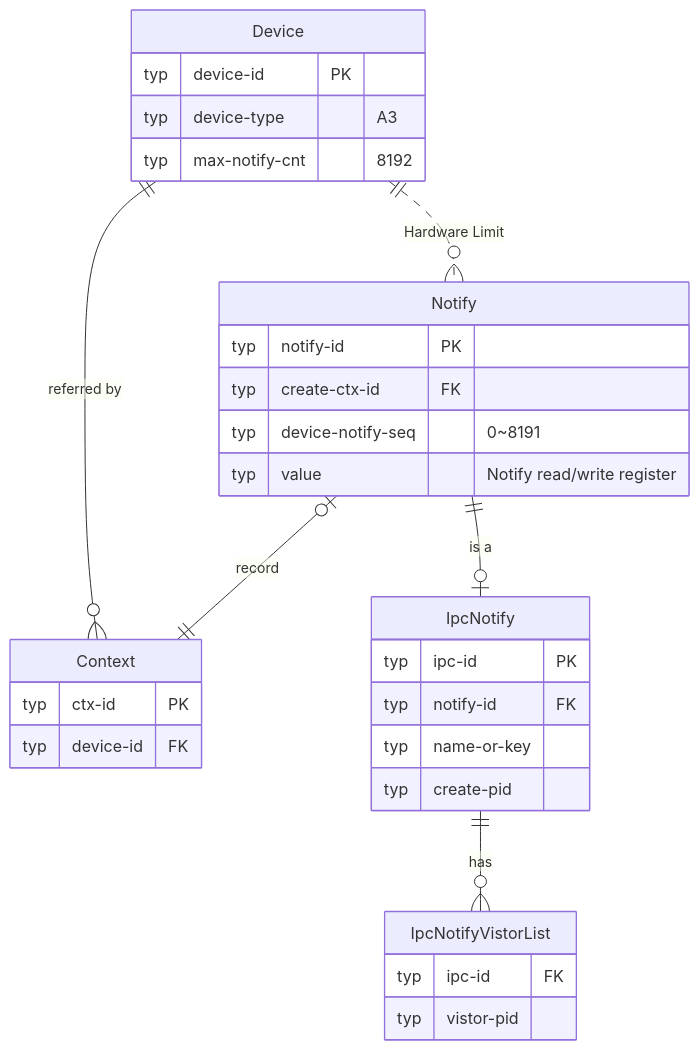
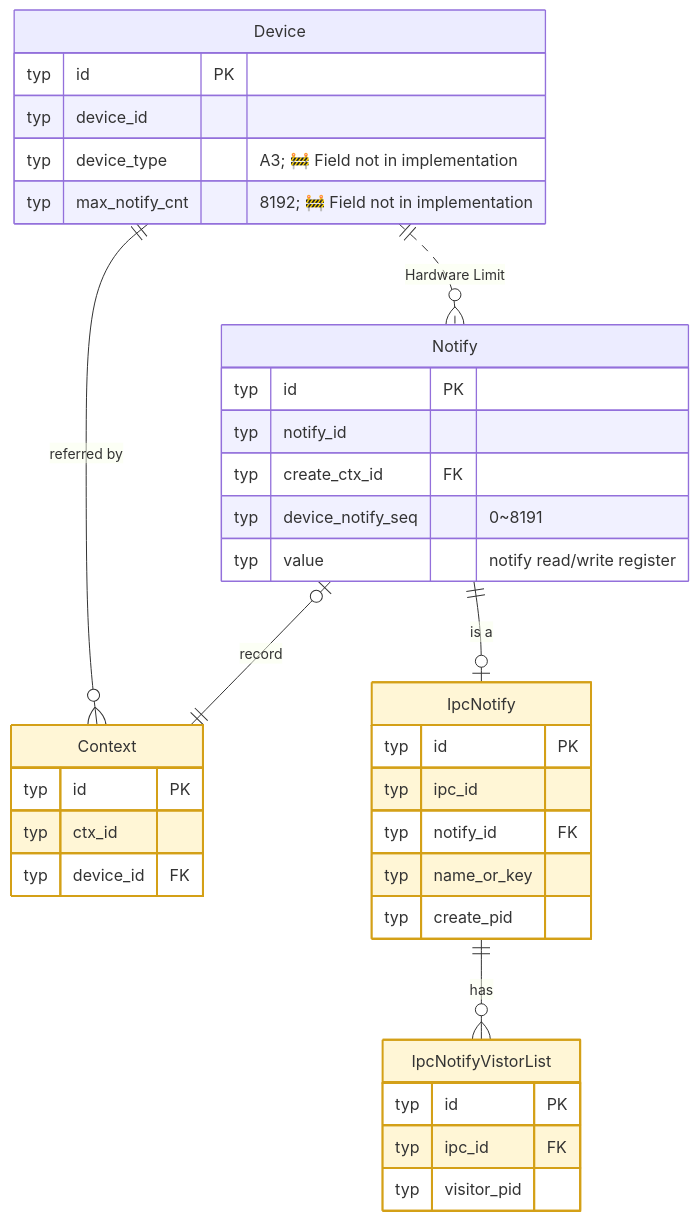
The eighth of 19 diagrams in test/hccl_vm/docs/simulator_runner_data_model_en.md (Fengfengst123/hcomm-mirror), drawn with Mermaid before and after one commit. The commit also changed other lines of this file and 701 other files, not shown here.

````diff
--- a/test/hccl_vm/docs/simulator_runner_data_model_en.md
+++ b/test/hccl_vm/docs/simulator_runner_data_model_en.md
@@ -567,36 +717,46 @@
 ```mermaid
 erDiagram
+    %% 🧠 Process-private candidate: Context / IpcNotify / IpcNotifyVistorList (only accessed by src/proxy)
     Device ||..o{ Notify : "Hardware Limit"
     Device ||--o{ Context : "referred by"
     Device {
-        typ device-id PK
-        typ device-type "A3"
-        typ max-notify-cnt "8192"
+        typ id PK
+        typ device_id
+        typ device_type "A3; 🚧 Field not in implementation"
+        typ max_notify_cnt "8192; 🚧 Field not in implementation"
     }
     Context {
-        typ ctx-id PK
-        typ device-id FK
+        typ id PK
+        typ ctx_id
+        typ device_id FK
+    }
+
+    %% IpcNotify: IPC shared notification from the same source as Notify, not separately modeled in implementation
+    Notify o|--|| Context : "record"
+    Notify {
+        typ id PK
+        typ notify_id
+        typ create_ctx_id FK
+        typ device_notify_seq "0~8191"
+        typ value "notify read/write register"
+    }
+
+    IpcNotify {
+        typ id PK
+        typ ipc_id
+        typ notify_id FK
+        typ name_or_key
+        typ create_pid
     }
 
     Notify ||--o| IpcNotify : "is a"
-    Notify o|--|| Context : "record"
-    Notify {
-        typ notify-id PK
-        typ create-ctx-id FK
-        typ device-notify-seq "0~8191"
-        typ value "Notify read/write register"
+    IpcNotify ||--o{ IpcNotifyVistorList : "has"
+    IpcNotifyVistorList {
+        typ id PK
+        typ ipc_id FK
+        typ visitor_pid
     }
 
-    IpcNotify {
-        typ ipc-id PK
-        typ notify-id FK
-        typ name-or-key
-        typ create-pid
-    }
-
-    IpcNotify ||--o{ IpcNotifyVistorList : "has"
-    IpcNotifyVistorList {
-        typ ipc-id FK
-        typ vistor-pid
-    }
+    classDef inproc fill:#fff6d6,stroke:#d4a017,stroke-width:2px
+    class Context,IpcNotify,IpcNotifyVistorList inproc
 ```
````
